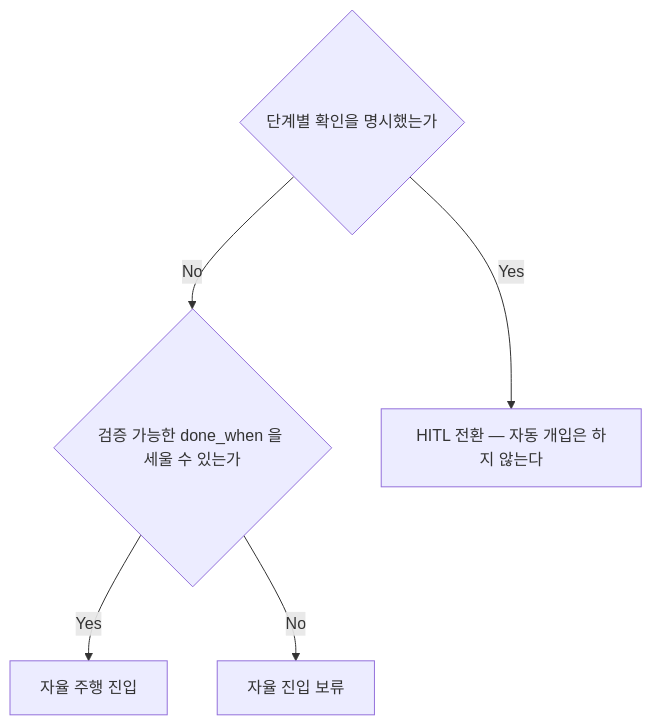
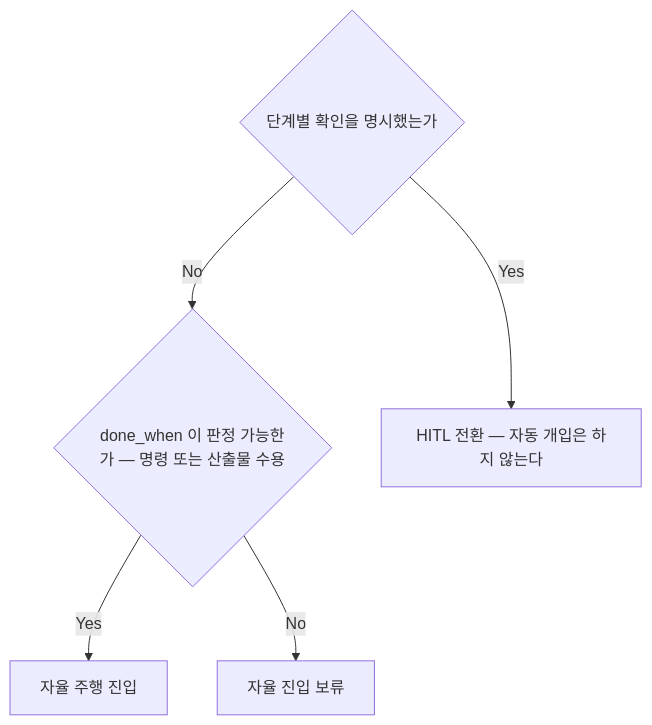
Before and after one commit to kys0213/kys-claude-plugin: the fifth of 6 diagrams in plugins/atelier/skills/orchestrator/references/entry-gates.md, drawn with Mermaid. The commit also changed other lines of this file, not shown here.

First line of the commit message:
docs(atelier): close entry-gates graph gaps

````diff
--- a/plugins/atelier/skills/orchestrator/references/entry-gates.md
+++ b/plugins/atelier/skills/orchestrator/references/entry-gates.md
@@ -151,12 +151,12 @@
 ```mermaid
 flowchart TD
   D45_q1{"단계별 확인을 명시했는가"}
-  D45_q2{"검증 가능한 done_when 을 세울 수 있는가"}
+  D45_q2{"done_when 이 판정 가능한가 — 명령 또는 산출물 수용"}
   D45_t1["HITL 전환 — 자동 개입은 하지 않는다"]
   D45_t2["자율 주행 진입"]
   D45_t3["자율 진입 보류"]
   D45_q1 -->|Yes| D45_t1
   D45_q1 -->|No| D45_q2
   D45_q2 -->|Yes| D45_t2
   D45_q2 -->|No| D45_t3
 ```
````
